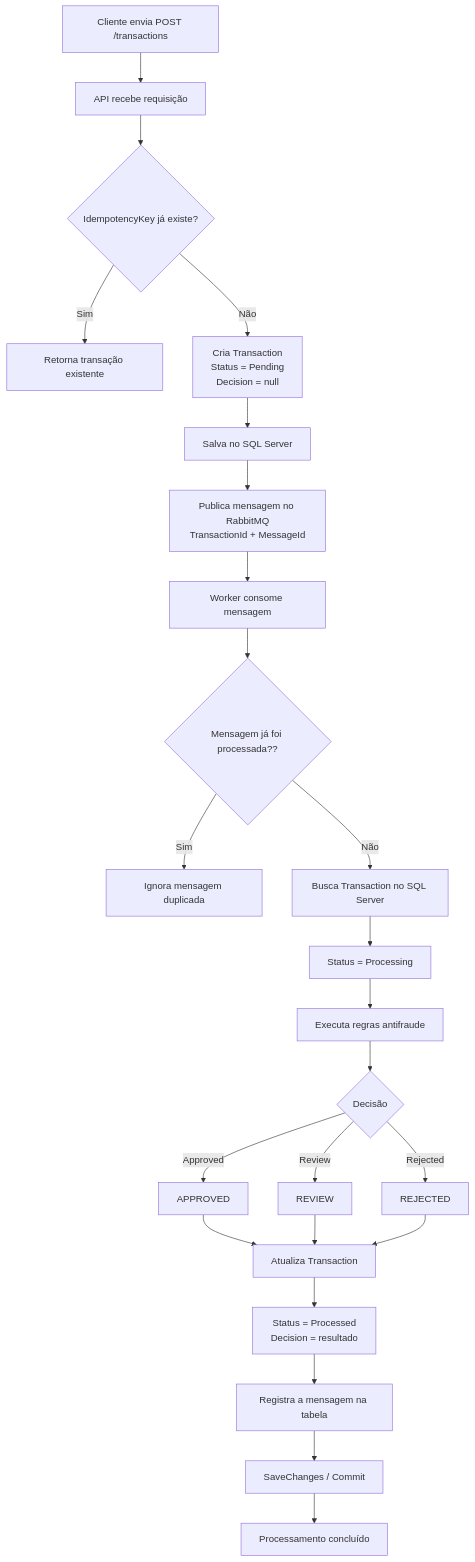
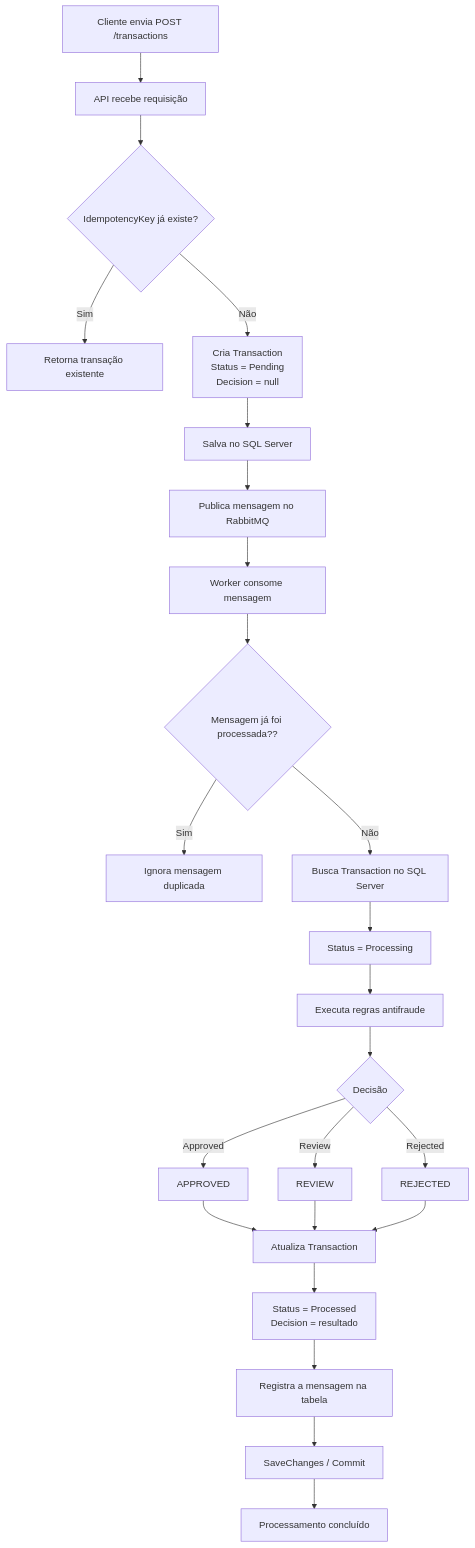
The second of 2 diagrams in README.md (GAWK96/AntiFraudeProject), drawn with Mermaid before and after one commit.

Commit message:
Fix formatting in RabbitMQ message publication step

````diff
--- a/README.md
+++ b/README.md
@@ -168,44 +168,44 @@
 ```mermaid
 flowchart TD
     A[Cliente envia POST /transactions] --> B[API recebe requisição]
 
     B --> C{IdempotencyKey já existe?}
 
     C -->|Sim| D[Retorna transação existente]
 
     C -->|Não| E[Cria Transaction<br/>Status = Pending<br/>Decision = null]
 
     E --> F[Salva no SQL Server]
 
-    F --> G[Publica mensagem no RabbitMQ<br/>TransactionId + MessageId]
+    F --> G[Publica mensagem no RabbitMQ<br/>]
 
     G --> H[Worker consome mensagem]
 
     H --> I{Mensagem já foi processada??}
 
     I -->|Sim| J[Ignora mensagem duplicada]
 
     I -->|Não| K[Busca Transaction no SQL Server]
 
     K --> L[Status = Processing]
 
     L --> M[Executa regras antifraude]
 
     M --> N{Decisão}
 
     N -->|Approved| O[APPROVED]
     N -->|Review| P[REVIEW]
     N -->|Rejected| Q[REJECTED]
 
     O --> R[Atualiza Transaction]
     P --> R
     Q --> R
 
     R --> S[Status = Processed<br/>Decision = resultado]
 
     S --> T[Registra a mensagem na tabela]
 
     T --> U[SaveChanges / Commit]
 
     U --> V[Processamento concluído]
 ```
````
